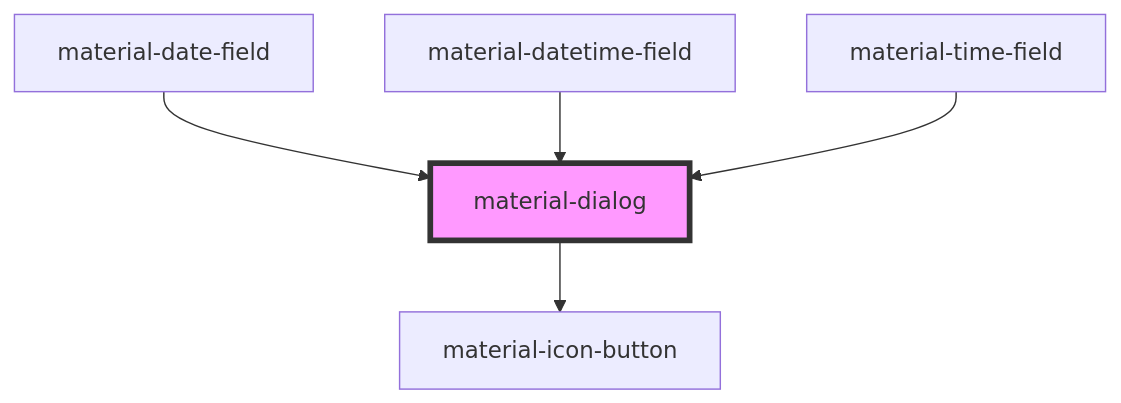
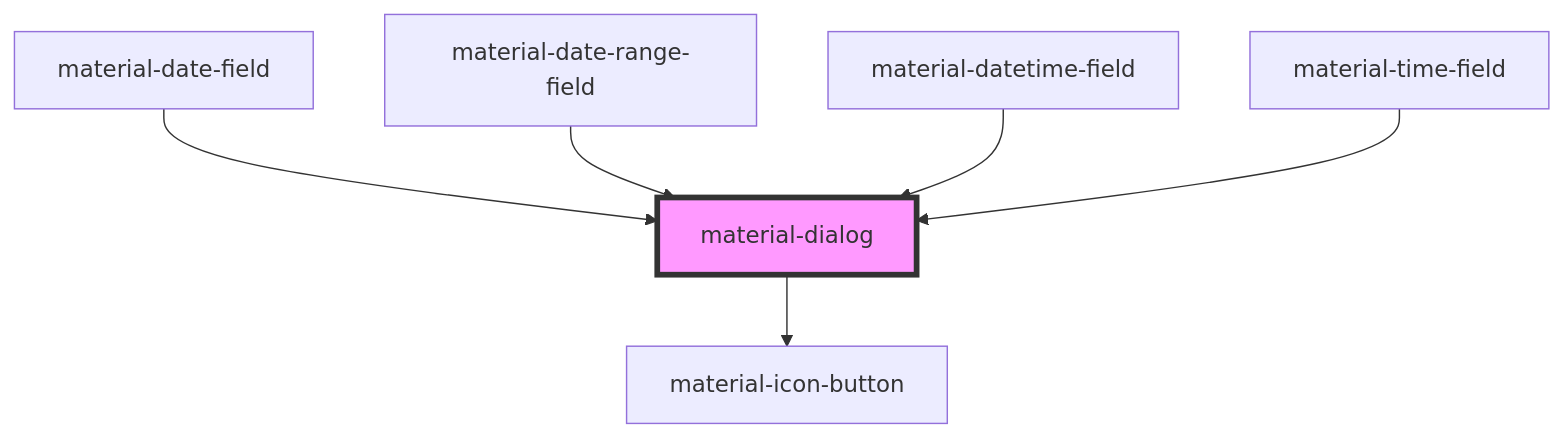
One commit to RobustaRush/material changed the diagram in src/components/material-dialog/readme.md. Above: the diagram before and after it, drawn with Mermaid. The commit also changed other lines of this file and 11 other files, not shown here.

First line of the commit message:
feat(calendar,date-range-field): range selection + date range picker field

````diff
--- a/src/components/material-dialog/readme.md
+++ b/src/components/material-dialog/readme.md
@@ -80,8 +81,9 @@
 ```mermaid
 graph TD;
   material-dialog --> material-icon-button
   material-date-field --> material-dialog
+  material-date-range-field --> material-dialog
   material-datetime-field --> material-dialog
   material-time-field --> material-dialog
   style material-dialog fill:#f9f,stroke:#333,stroke-width:4px
 ```
````
